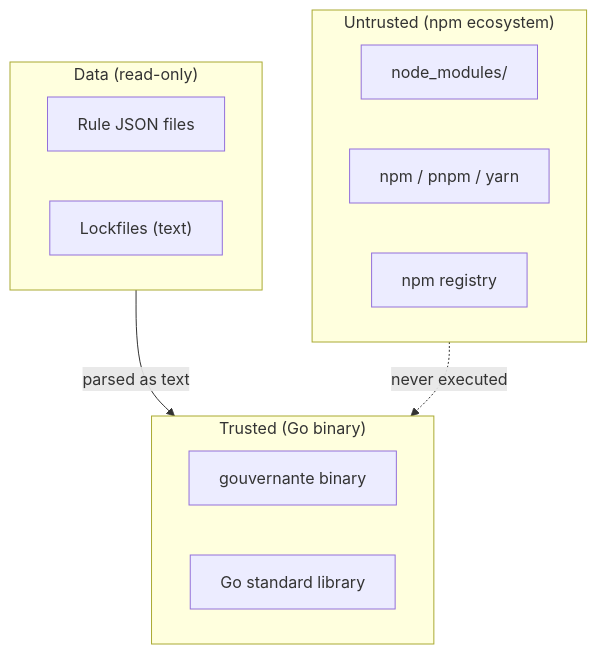
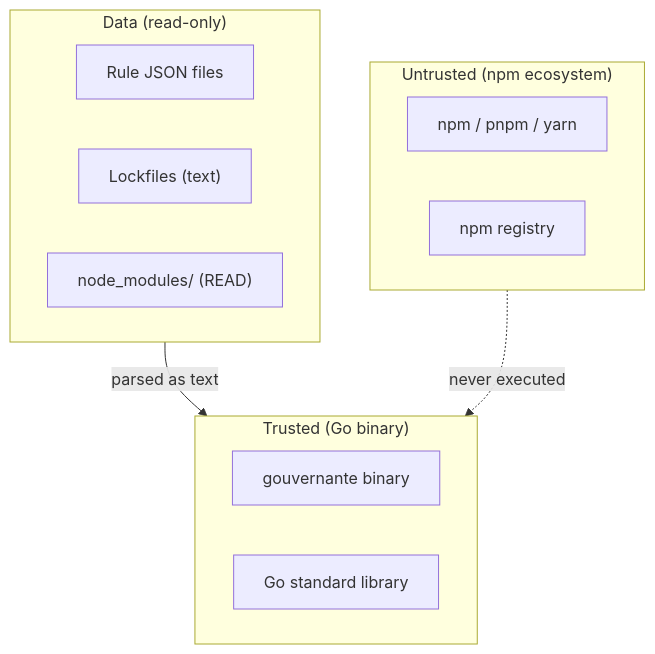
One commit to DenktMit-eG/gouvernante changed the first of 3 diagrams in docs/architecture/overview.md. Above: the diagram before and after it, drawn with Mermaid. The commit also changed other lines of this file and 7 other files, not shown here.

````diff
--- a/docs/architecture/overview.md
+++ b/docs/architecture/overview.md
@@ -51,21 +51,21 @@
 ```mermaid
 flowchart TB
     subgraph Trusted["Trusted (Go binary)"]
         Binary["gouvernante binary"]
         StdLib["Go standard library"]
     end
 
     subgraph Data["Data (read-only)"]
         Rules["Rule JSON files"]
         Lockfiles["Lockfiles (text)"]
+        NodeModules["node_modules/ (READ)"]
     end
 
     subgraph Untrusted["Untrusted (npm ecosystem)"]
-        NodeModules["node_modules/"]
         NPM["npm / pnpm / yarn"]
         Registry["npm registry"]
     end
 
     Data --> |"parsed as text"| Trusted
     Untrusted -.-> |"never executed"| Trusted
 ```
````
